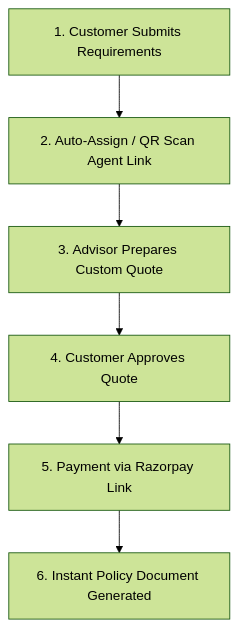
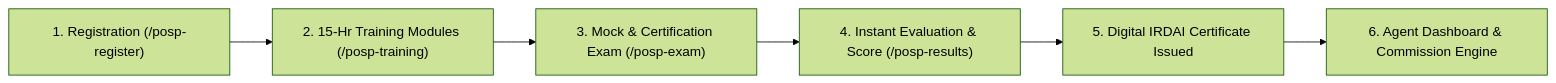
Before and after one commit to AkkhilCodingHub/ask-insurance: the third of 5 diagrams in README.md, drawn with Mermaid (forest theme). The commit also changed other lines of this file and 6 other files, not shown here.

````diff
--- a/README.md
+++ b/README.md
@@ -24,8 +127,8 @@
 ```mermaid
-flowchart TD
-    A[1. Customer Submits Requirements] --> B[2. Auto-Assign / QR Scan Agent Link]
-    B --> C[3. Advisor Prepares Custom Quote]
-    C --> D[4. Customer Approves Quote]
-    D --> E[5. Payment via Razorpay Link]
-    E --> F[6. Instant Policy Document Generated]
+flowchart LR
+    A["1. Registration (/posp-register)"] --> B["2. 15-Hr Training Modules (/posp-training)"]
+    B --> C["3. Mock & Certification Exam (/posp-exam)"]
+    C --> D["4. Instant Evaluation & Score (/posp-results)"]
+    D --> E["5. Digital IRDAI Certificate Issued"]
+    E --> F["6. Agent Dashboard & Commission Engine"]
 ```
````
